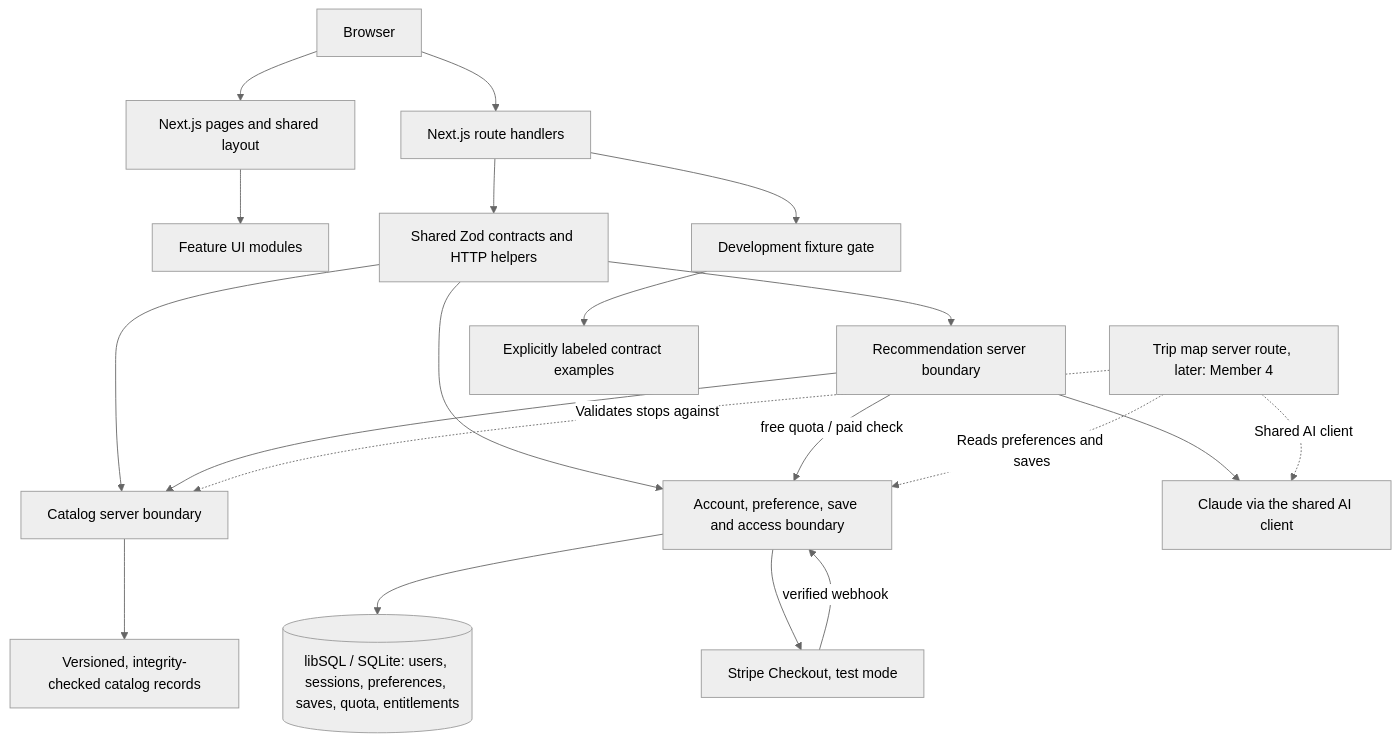
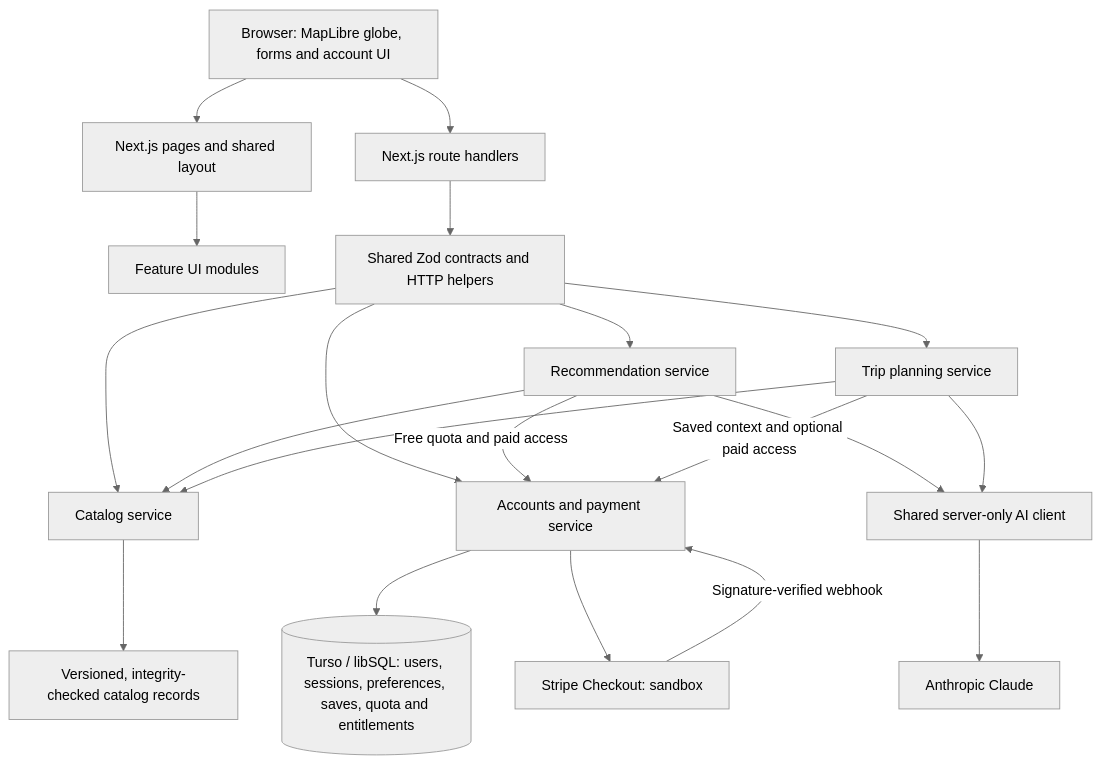
Before and after one commit to HarryYuTou/440_Final_Project: the diagram in docs/ARCHITECTURE.md, drawn with Mermaid (neutral theme). The commit also changed other lines of this file and 3 other files, not shown here.

````diff
--- a/docs/ARCHITECTURE.md
+++ b/docs/ARCHITECTURE.md
@@ -7,22 +7,22 @@
 ```mermaid
 flowchart TD
-    Browser[Browser] --> Pages[Next.js pages and shared layout]
+    Browser[Browser: MapLibre globe, forms and account UI] --> Pages[Next.js pages and shared layout]
     Browser --> API[Next.js route handlers]
     Pages --> UI[Feature UI modules]
     API --> Validation[Shared Zod contracts and HTTP helpers]
-    Validation --> Catalog[Catalog server boundary]
-    Validation --> Accounts[Account, preference, save and access boundary]
-    Validation --> AI[Recommendation server boundary]
+    Validation --> Catalog[Catalog service]
+    Validation --> Accounts[Accounts and payment service]
+    Validation --> Recommendations[Recommendation service]
+    Validation --> Trips[Trip planning service]
     Catalog --> Records[Versioned, integrity-checked catalog records]
-    Accounts --> UserDB[(libSQL / SQLite: users, sessions, preferences, saves, quota, entitlements)]
-    Accounts --> Stripe[Stripe Checkout, test mode]
-    Stripe -- verified webhook --> Accounts
-    AI --> Model[Claude via the shared AI client]
-    AI --> Catalog
-    AI -- free quota / paid check --> Accounts
-    Trip[Trip map server route, later: Member 4] -. Shared AI client .-> Model
-    Trip -. Validates stops against .-> Catalog
-    Trip -. Reads preferences and saves .-> Accounts
-    API --> Fixtures[Development fixture gate]
-    Fixtures --> Examples[Explicitly labeled contract examples]
+    Accounts --> UserDB[(Turso / libSQL: users, sessions, preferences, saves, quota and entitlements)]
+    Accounts --> Stripe[Stripe Checkout: sandbox]
+    Stripe -->|Signature-verified webhook| Accounts
+    Recommendations --> Catalog
+    Recommendations -->|Free quota and paid access| Accounts
+    Trips --> Catalog
+    Trips -->|Saved context and optional paid access| Accounts
+    Recommendations --> Client[Shared server-only AI client]
+    Trips --> Client
+    Client --> Model[Anthropic Claude]
 ```
````
